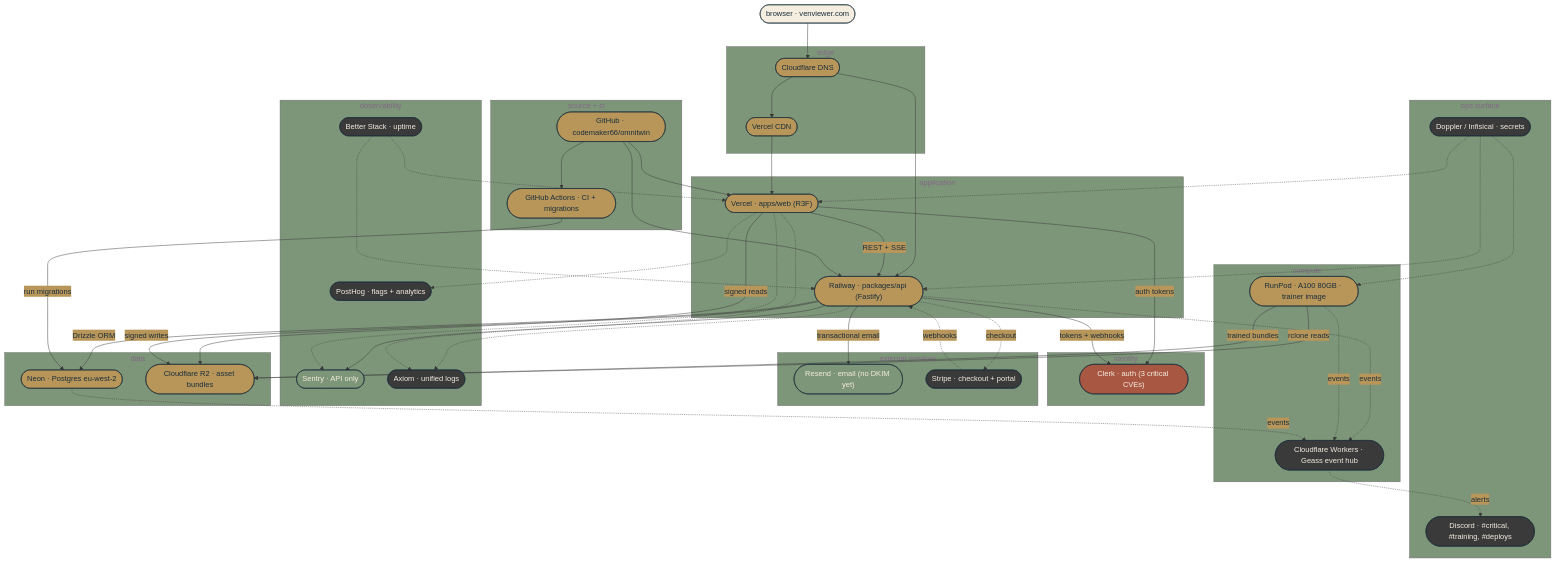
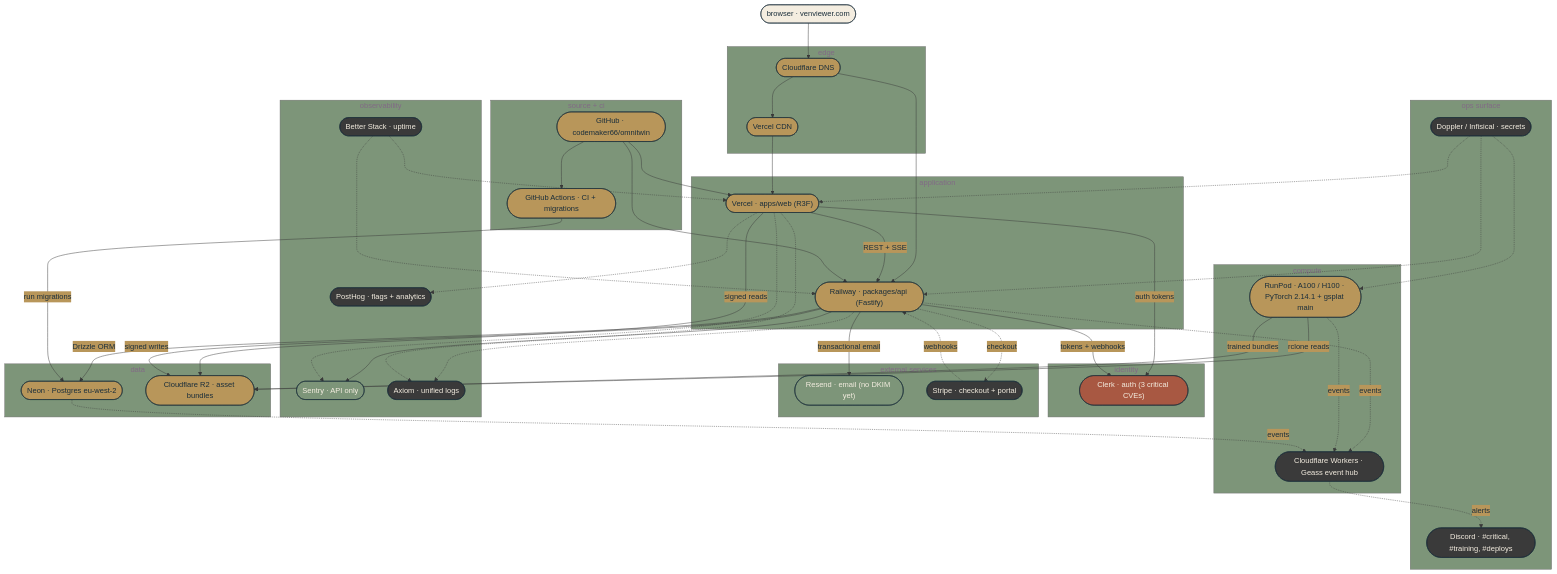
The diagram in docs/diagrams/infra.md (codemaker66/omnitwin), drawn with Mermaid before and after one commit. The commit also changed other lines of this file and 11 other files, not shown here.

```diff
--- a/docs/diagrams/infra.md
+++ b/docs/diagrams/infra.md
@@ -42,7 +42,7 @@
     end
 
     subgraph COMPUTE [compute]
-        RunPod(["RunPod · A100 80GB · trainer image"]):::current
+        RunPod(["RunPod · A100 / H100 · PyTorch 2.14.1 + gsplat main"]):::current
         Workers(["Cloudflare Workers · Geass event hub"]):::planned
     end
 
```
